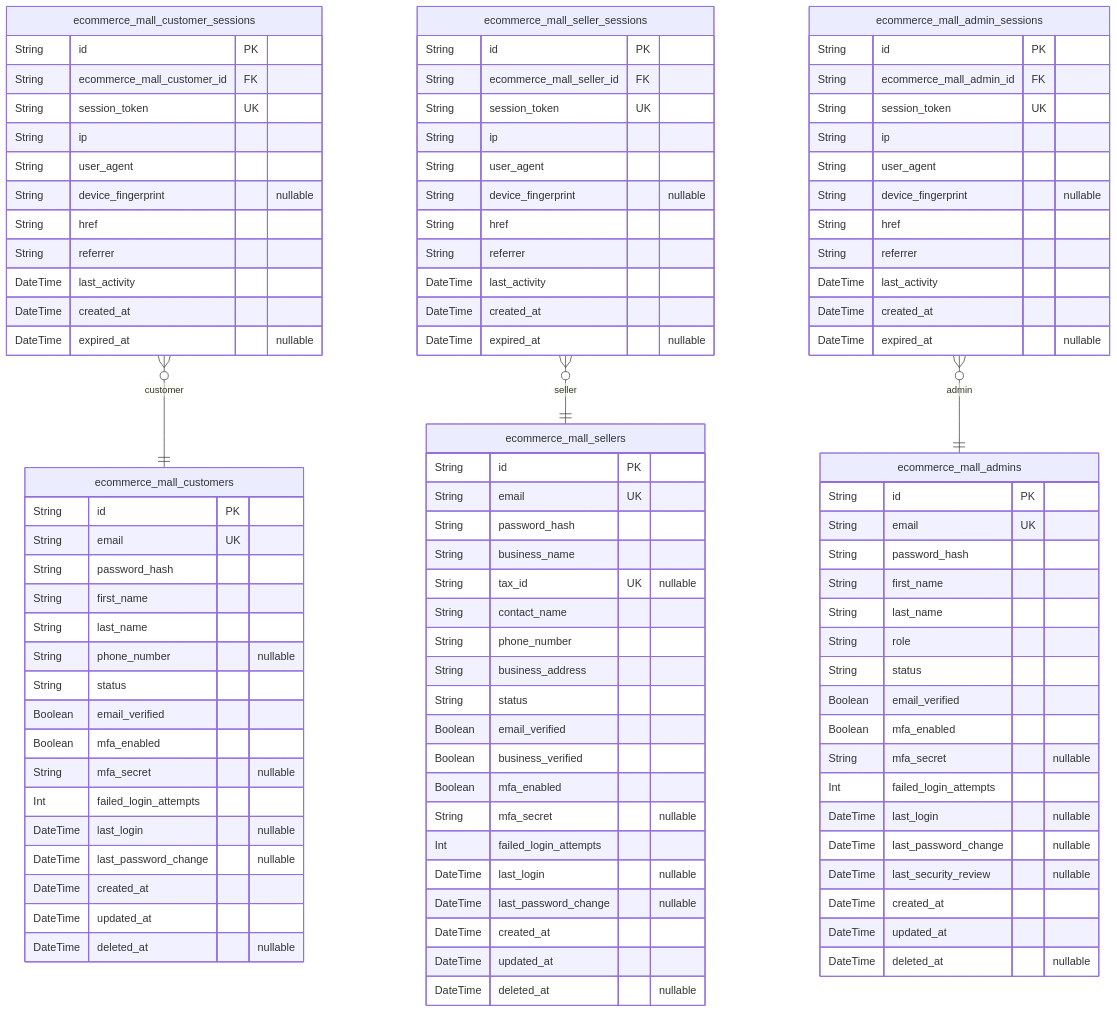
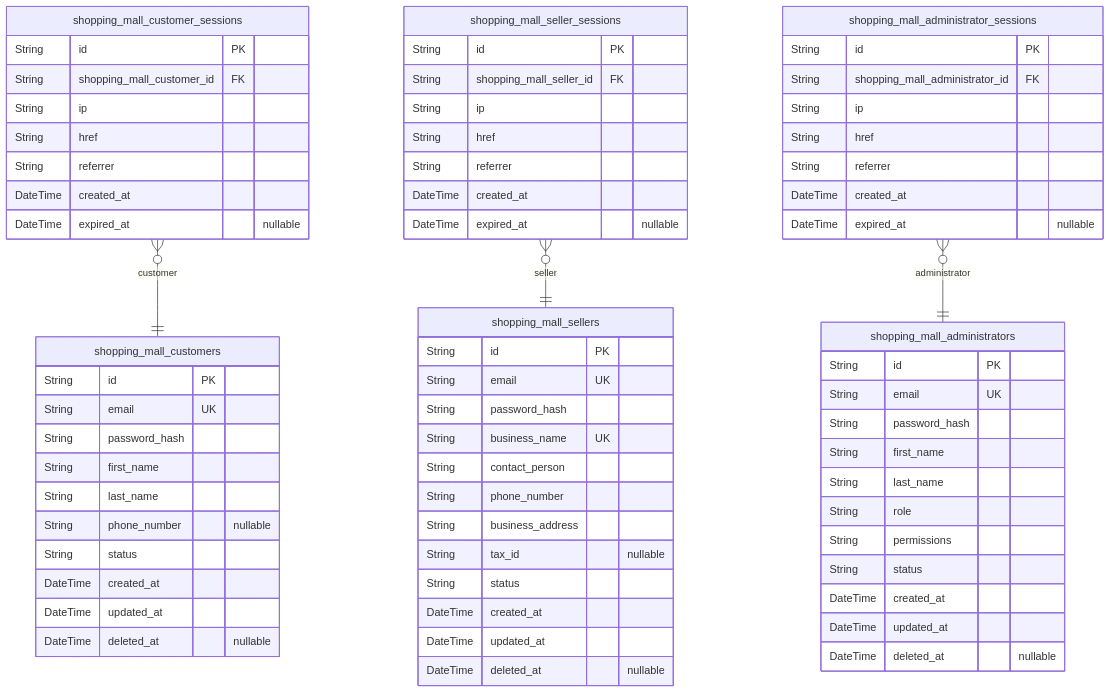
One commit to wrtnlabs/autobe-examples changed the second of 10 diagrams in deepseek/deepseek-v3.1-terminus-exacto/shopping/docs/ERD.md. Above: the diagram before and after it, drawn with Mermaid. The commit also changed other lines of this file and 7173 other files, not shown here.

````diff
--- a/deepseek/deepseek-v3.1-terminus-exacto/shopping/docs/ERD.md
+++ b/deepseek/deepseek-v3.1-terminus-exacto/shopping/docs/ERD.md
@@ -175,6 +232,6 @@
 ```mermaid
 erDiagram
-"ecommerce_mall_customers" {
+"shopping_mall_customers" {
   String id PK
   String email UK
   String password_hash
@@ -182,96 +239,65 @@
   String last_name
   String phone_number "nullable"
   String status
-  Boolean email_verified
-  Boolean mfa_enabled
-  String mfa_secret "nullable"
-  Int failed_login_attempts
-  DateTime last_login "nullable"
-  DateTime last_password_change "nullable"
   DateTime created_at
   DateTime updated_at
   DateTime deleted_at "nullable"
 }
-"ecommerce_mall_customer_sessions" {
+"shopping_mall_customer_sessions" {
   String id PK
-  String ecommerce_mall_customer_id FK
-  String session_token UK
+  String shopping_mall_customer_id FK
   String ip
-  String user_agent
-  String device_fingerprint "nullable"
   String href
   String referrer
-  DateTime last_activity
   DateTime created_at
   DateTime expired_at "nullable"
 }
-"ecommerce_mall_sellers" {
+"shopping_mall_sellers" {
   String id PK
   String email UK
   String password_hash
-  String business_name
-  String tax_id UK "nullable"
-  String contact_name
+  String business_name UK
+  String contact_person
   String phone_number
   String business_address
+  String tax_id "nullable"
   String status
-  Boolean email_verified
-  Boolean business_verified
-  Boolean mfa_enabled
-  String mfa_secret "nullable"
-  Int failed_login_attempts
-  DateTime last_login "nullable"
-  DateTime last_password_change "nullable"
   DateTime created_at
   DateTime updated_at
   DateTime deleted_at "nullable"
 }
-"ecommerce_mall_seller_sessions" {
+"shopping_mall_seller_sessions" {
   String id PK
-  String ecommerce_mall_seller_id FK
-  String session_token UK
+  String shopping_mall_seller_id FK
   String ip
-  String user_agent
-  String device_fingerprint "nullable"
   String href
   String referrer
-  DateTime last_activity
   DateTime created_at
   DateTime expired_at "nullable"
 }
-"ecommerce_mall_admins" {
+"shopping_mall_administrators" {
   String id PK
   String email UK
   String password_hash
   String first_name
   String last_name
   String role
+  String permissions
   String status
-  Boolean email_verified
-  Boolean mfa_enabled
-  String mfa_secret "nullable"
-  Int failed_login_attempts
-  DateTime last_login "nullable"
-  DateTime last_password_change "nullable"
-  DateTime last_security_review "nullable"
   DateTime created_at
   DateTime updated_at
   DateTime deleted_at "nullable"
 }
-"ecommerce_mall_admin_sessions" {
+"shopping_mall_administrator_sessions" {
   String id PK
-  String ecommerce_mall_admin_id FK
-  String session_token UK
+  String shopping_mall_administrator_id FK
   String ip
-  String user_agent
-  String device_fingerprint "nullable"
   String href
   String referrer
-  DateTime last_activity
   DateTime created_at
   DateTime expired_at "nullable"
 }
-"ecommerce_mall_customer_sessions" }o--|| "ecommerce_mall_customers" : customer
-"ecommerce_mall_seller_sessions" }o--|| "ecommerce_mall_sellers" : seller
-"ecommerce_mall_admin_sessions" }o--|| "ecommerce_mall_admins" : admin
+"shopping_mall_customer_sessions" }o--|| "shopping_mall_customers" : customer
+"shopping_mall_seller_sessions" }o--|| "shopping_mall_sellers" : seller
+"shopping_mall_administrator_sessions" }o--|| "shopping_mall_administrators" : administrator
 ```
````
